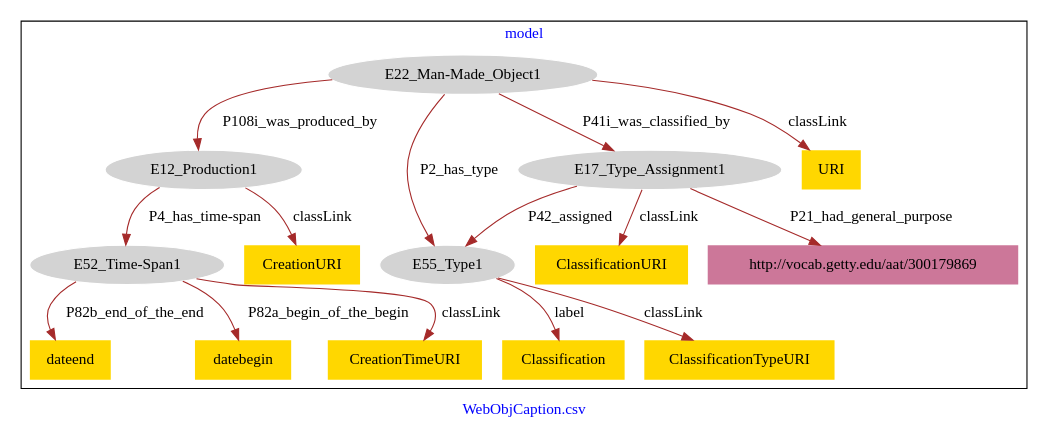
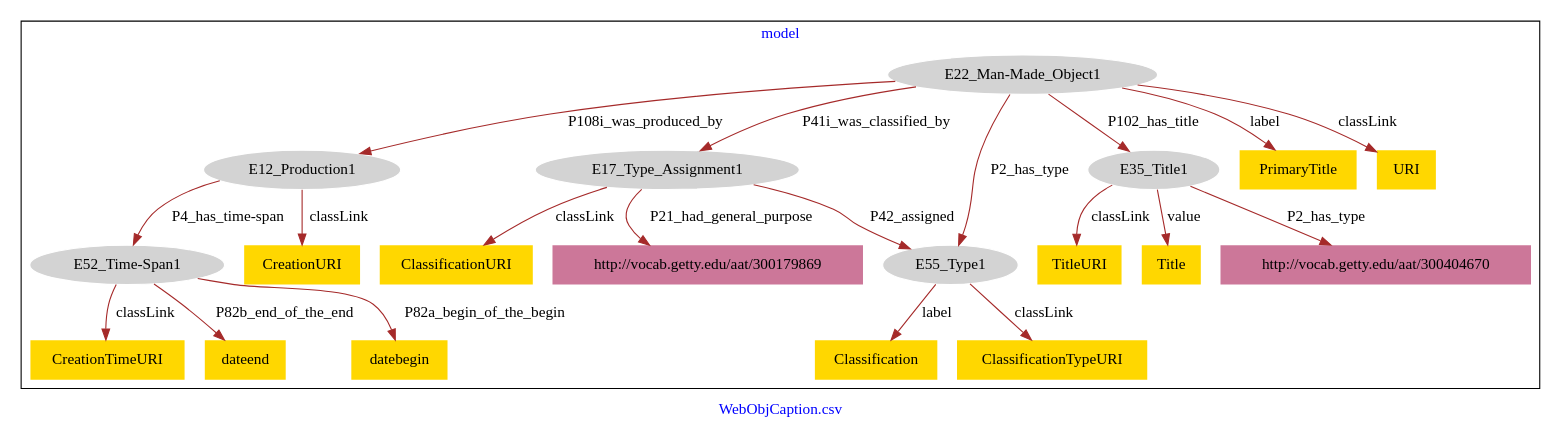
The diagram in Objects/WebObjCaption-model.dot (american-art/SAAM), drawn with Graphviz before and after one commit.

Commit message:
Update file WebObjCaption-model.dot

```diff
--- a/Objects/WebObjCaption-model.dot
+++ b/Objects/WebObjCaption-model.dot
@@ -1,36 +1,46 @@
 digraph n0 {
 fontcolor="blue"
 remincross="true"
 label="WebObjCaption.csv"
 subgraph cluster {
 label="model"
 n2[style="filled",color="white",fillcolor="lightgray",label="E12_Production1"];
 n3[style="filled",color="white",fillcolor="lightgray",label="E52_Time-Span1"];
 n4[style="filled",color="white",fillcolor="lightgray",label="E17_Type_Assignment1"];
 n5[style="filled",color="white",fillcolor="lightgray",label="E55_Type1"];
 n6[style="filled",color="white",fillcolor="lightgray",label="E22_Man-Made_Object1"];
-n7[shape="plaintext",style="filled",fillcolor="gold",label="ClassificationURI"];
-n8[shape="plaintext",style="filled",fillcolor="gold",label="CreationURI"];
-n9[shape="plaintext",style="filled",fillcolor="gold",label="Classification"];
-n10[shape="plaintext",style="filled",fillcolor="gold",label="datebegin"];
-n11[shape="plaintext",style="filled",fillcolor="gold",label="ClassificationTypeURI"];
-n12[shape="plaintext",style="filled",fillcolor="gold",label="CreationTimeURI"];
-n13[shape="plaintext",style="filled",fillcolor="gold",label="dateend"];
-n14[shape="plaintext",style="filled",fillcolor="gold",label="URI"];
-n15[shape="plaintext",style="filled",fillcolor="#CC7799",label="http://vocab.getty.edu/aat/300179869"];
+n7[style="filled",color="white",fillcolor="lightgray",label="E35_Title1"];
+n8[shape="plaintext",style="filled",fillcolor="gold",label="TitleURI"];
+n9[shape="plaintext",style="filled",fillcolor="gold",label="PrimaryTitle"];
+n10[shape="plaintext",style="filled",fillcolor="gold",label="ClassificationURI"];
+n11[shape="plaintext",style="filled",fillcolor="gold",label="CreationURI"];
+n12[shape="plaintext",style="filled",fillcolor="gold",label="Classification"];
+n13[shape="plaintext",style="filled",fillcolor="gold",label="Title"];
+n14[shape="plaintext",style="filled",fillcolor="gold",label="datebegin"];
+n15[shape="plaintext",style="filled",fillcolor="gold",label="ClassificationTypeURI"];
+n16[shape="plaintext",style="filled",fillcolor="gold",label="CreationTimeURI"];
+n17[shape="plaintext",style="filled",fillcolor="gold",label="dateend"];
+n18[shape="plaintext",style="filled",fillcolor="gold",label="URI"];
+n19[shape="plaintext",style="filled",fillcolor="#CC7799",label="http://vocab.getty.edu/aat/300404670"];
+n20[shape="plaintext",style="filled",fillcolor="#CC7799",label="http://vocab.getty.edu/aat/300179869"];
 }
 n2 -> n3[color="brown",fontcolor="black",label="P4_has_time-span"]
 n4 -> n5[color="brown",fontcolor="black",label="P42_assigned"]
 n6 -> n2[color="brown",fontcolor="black",label="P108i_was_produced_by"]
 n6 -> n4[color="brown",fontcolor="black",label="P41i_was_classified_by"]
-n4 -> n7[color="brown",fontcolor="black",label="classLink"]
-n2 -> n8[color="brown",fontcolor="black",label="classLink"]
-n5 -> n9[color="brown",fontcolor="black",label="label"]
-n3 -> n10[color="brown",fontcolor="black",label="P82a_begin_of_the_begin"]
-n5 -> n11[color="brown",fontcolor="black",label="classLink"]
-n3 -> n12[color="brown",fontcolor="black",label="classLink"]
-n3 -> n13[color="brown",fontcolor="black",label="P82b_end_of_the_end"]
-n6 -> n14[color="brown",fontcolor="black",label="classLink"]
+n6 -> n7[color="brown",fontcolor="black",label="P102_has_title"]
+n7 -> n8[color="brown",fontcolor="black",label="classLink"]
+n6 -> n9[color="brown",fontcolor="black",label="label"]
+n4 -> n10[color="brown",fontcolor="black",label="classLink"]
+n2 -> n11[color="brown",fontcolor="black",label="classLink"]
+n5 -> n12[color="brown",fontcolor="black",label="label"]
+n7 -> n13[color="brown",fontcolor="black",label="value"]
+n3 -> n14[color="brown",fontcolor="black",label="P82a_begin_of_the_begin"]
+n5 -> n15[color="brown",fontcolor="black",label="classLink"]
+n3 -> n16[color="brown",fontcolor="black",label="classLink"]
+n3 -> n17[color="brown",fontcolor="black",label="P82b_end_of_the_end"]
+n6 -> n18[color="brown",fontcolor="black",label="classLink"]
 n6 -> n5[color="brown",fontcolor="black",label="P2_has_type"]
-n4 -> n15[color="brown",fontcolor="black",label="P21_had_general_purpose"]
+n7 -> n19[color="brown",fontcolor="black",label="P2_has_type"]
+n4 -> n20[color="brown",fontcolor="black",label="P21_had_general_purpose"]
 }
```
